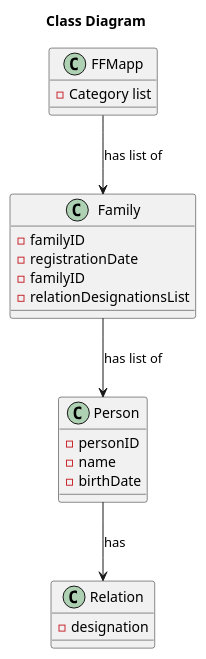
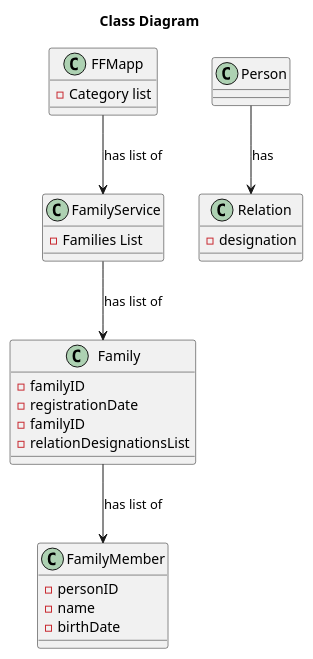
One commit to tomas-osswald/switch_2020_g3 changed the fourth of 4 diagrams in docs/US105_AddRelation.md. Above: the diagram before and after it, drawn with PlantUML. The commit also changed other lines of this file and 1 other file, not shown here.

Commit message:
changes in documentation

````diff
--- a/docs/US105_AddRelation.md
+++ b/docs/US105_AddRelation.md
@@ -203,32 +205,37 @@
 ```puml
 title Class Diagram
 
 class FFMapp {
 - Category list
 
+}
+
+class FamilyService {
+- Families List
 }
 
 class Family {
 - familyID
 - registrationDate
 - familyID
 - relationDesignationsList
 
 }
 
-class Person {
+class FamilyMember {
 - personID
 - name
 - birthDate
 
 }
 
 class Relation {
 - designation
 
 }
 
-FFMapp -down-> Family : has list of 
-Family -down-> Person : has list of 
+FFMapp -down-> FamilyService : has list of 
+FamilyService -down-> Family : has list of
+Family -down-> FamilyMember : has list of 
 Person -down-> Relation : has 
 ```
````
